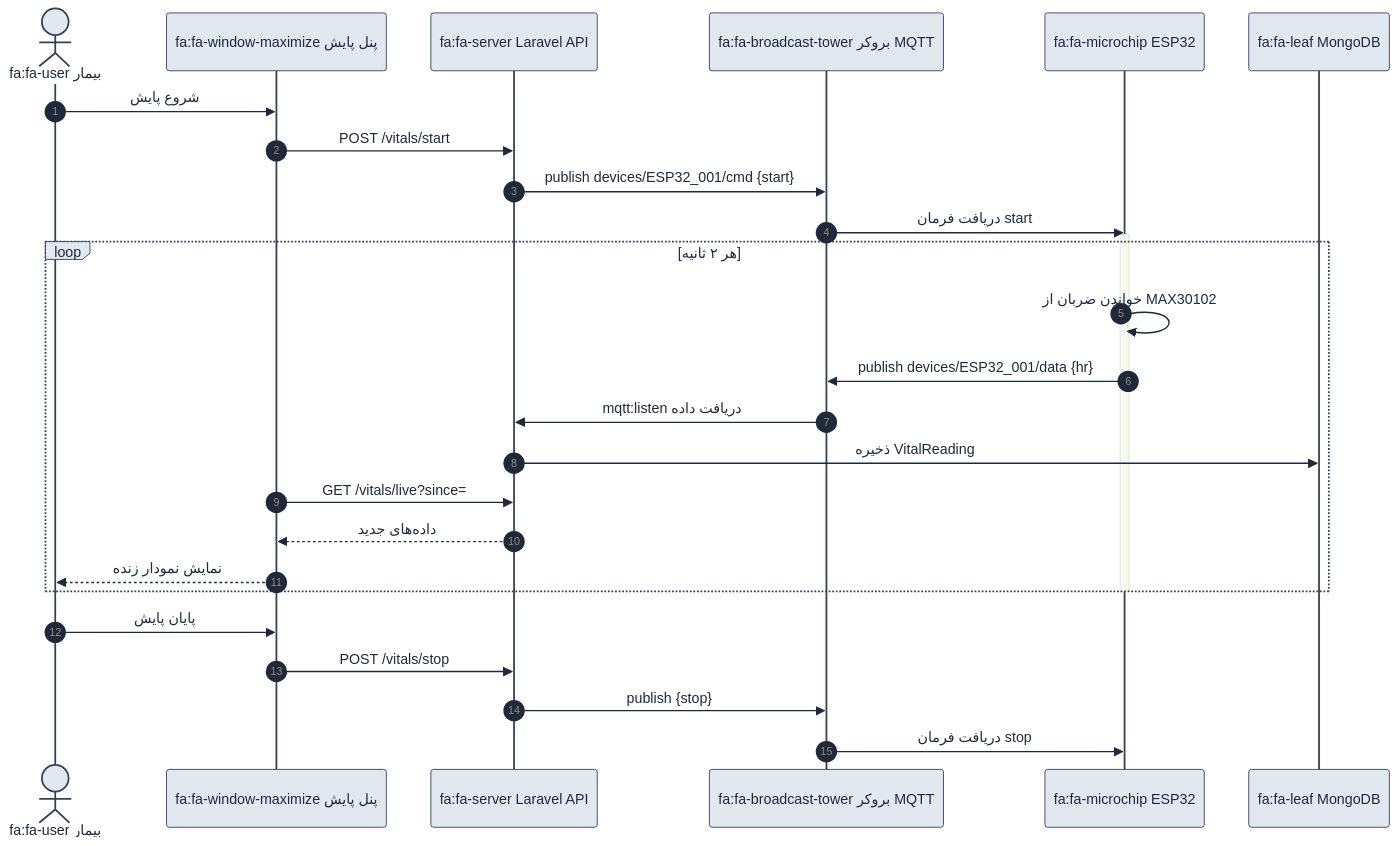
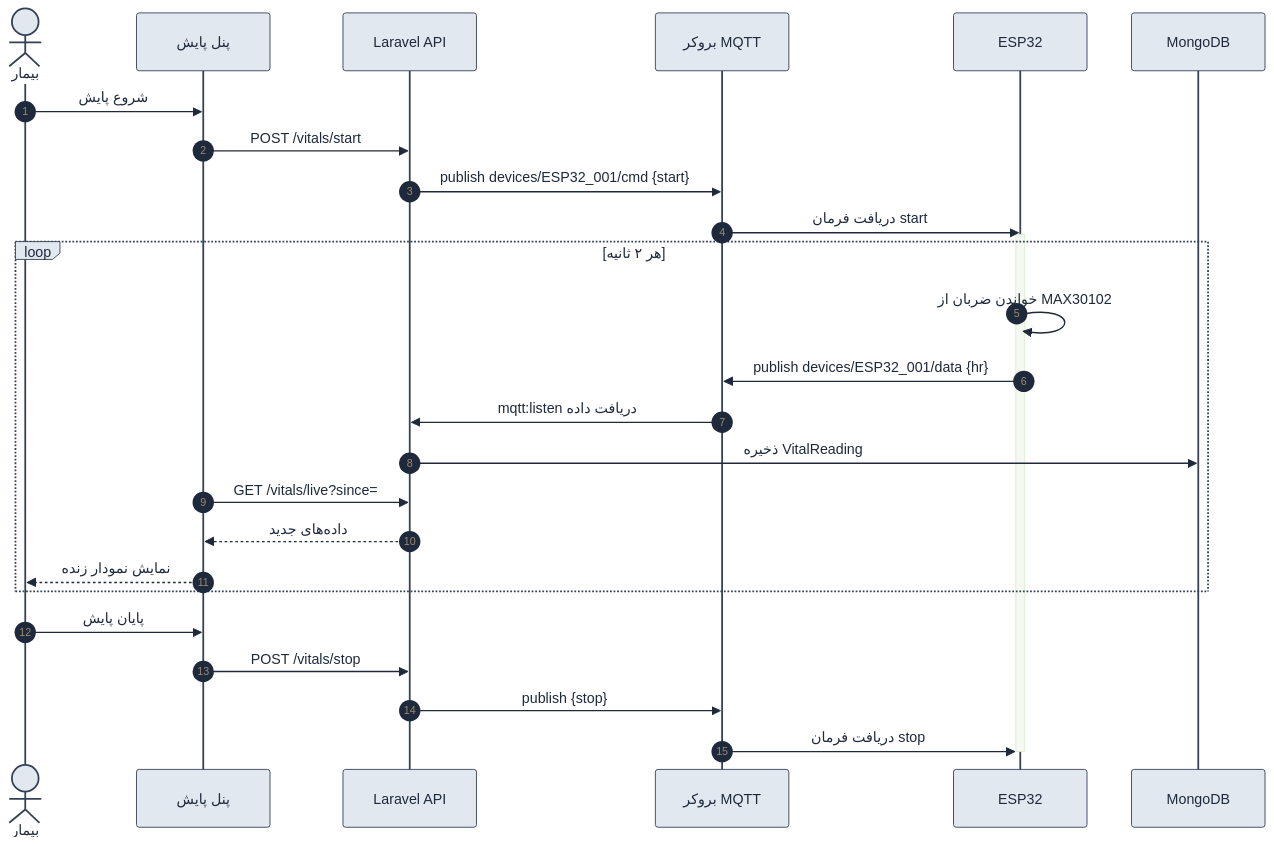
The diagram in docs/diagrams/v2/08_sequence_vitals.mmd (Mreza-mh/echo_prj), drawn with Mermaid before and after one commit. The commit also changed 20 other files, not shown here.

Commit message:
update mmd diagrams, echo history service, front/back configs

```diff
--- a/docs/diagrams/v2/08_sequence_vitals.mmd
+++ b/docs/diagrams/v2/08_sequence_vitals.mmd
@@ -1,29 +1,29 @@
 %%{init: {'theme':'base', 'themeVariables': {'primaryColor':'#f1f5f9','primaryBorderColor':'#334155','primaryTextColor':'#1e293b','lineColor':'#64748b','fontSize':'14px','actorBkg':'#e2e8f0','actorBorder':'#334155','actorTextColor':'#1e293b'}}}%%
 sequenceDiagram
     autonumber
-    actor P as fa:fa-user بیمار
-    participant FE as fa:fa-window-maximize پنل پایش
-    participant BE as fa:fa-server Laravel API
-    participant MQ as fa:fa-broadcast-tower بروکر MQTT
-    participant ESP as fa:fa-microchip ESP32
-    participant DB as fa:fa-leaf MongoDB
+    actor P as بیمار
+    participant FE as پنل پایش
+    participant BE as Laravel API
+    participant MQ as بروکر MQTT
+    participant ESP as ESP32
+    participant DB as MongoDB
 
     P->>FE: شروع پایش
     FE->>BE: POST /vitals/start
     BE->>MQ: publish devices/ESP32_001/cmd {start}
     MQ->>ESP: دریافت فرمان start
     activate ESP
     loop هر ۲ ثانیه
         ESP->>ESP: خواندن ضربان از MAX30102
         ESP->>MQ: publish devices/ESP32_001/data {hr}
         MQ->>BE: mqtt:listen دریافت داده
         BE->>DB: ذخیره VitalReading
         FE->>BE: GET /vitals/live?since=
         BE-->>FE: داده‌های جدید
         FE-->>P: نمایش نمودار زنده
     end
-    deactivate ESP
     P->>FE: پایان پایش
     FE->>BE: POST /vitals/stop
     BE->>MQ: publish {stop}
     MQ->>ESP: دریافت فرمان stop
+    deactivate ESP
```
